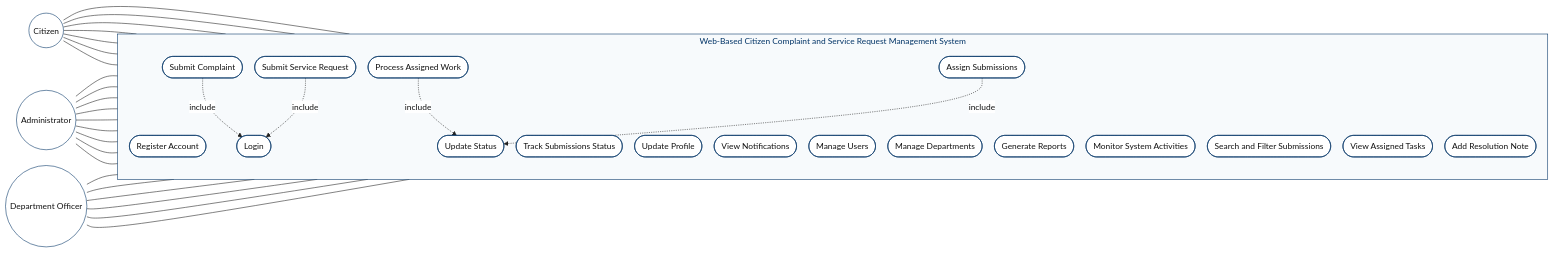
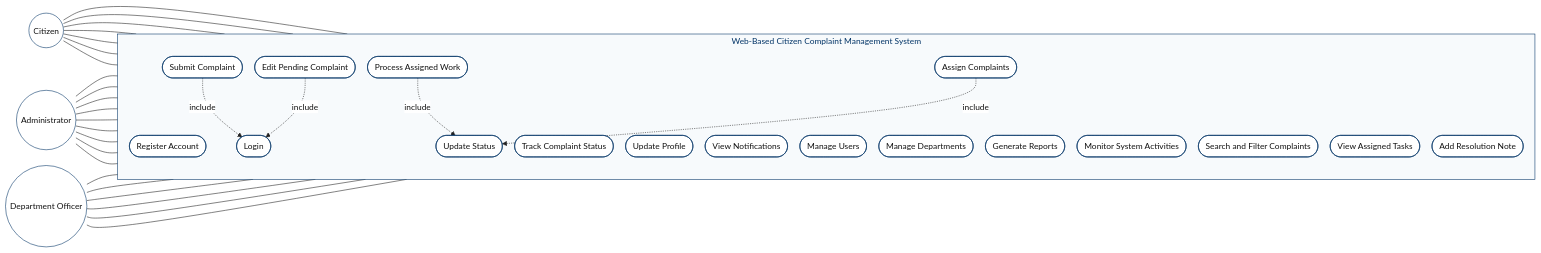
The second of 7 diagrams in Project_Proposal_Web_Based_Citizen_Complaint_and_Service_Request.md (esmaelmohammed-ux/Adama-city-citizen-complaint-and-request-management-system), drawn with Mermaid before and after one commit. The commit also changed other lines of this file and 72 other files, not shown here.

````diff
--- a/Project_Proposal_Web_Based_Citizen_Complaint_and_Service_Request.md
+++ b/Project_Proposal_Web_Based_Citizen_Complaint_and_Service_Request.md
@@ -514,24 +521,24 @@
 flowchart LR
     Citizen((Citizen))
 
-    subgraph System["Web-Based Citizen Complaint and Service Request Management System"]
+    subgraph System["Web-Based Citizen Complaint Management System"]
         direction TB
 
         UC_Register([Register Account])
         UC_Login([Login])
         UC_SubmitComplaint([Submit Complaint])
-        UC_SubmitRequest([Submit Service Request])
-        UC_Track([Track Submissions Status])
+        UC_EditComplaint([Edit Pending Complaint])
+        UC_Track([Track Complaint Status])
         UC_Profile([Update Profile])
         UC_Notify([View Notifications])
 
         UC_Users([Manage Users])
         UC_Depts([Manage Departments])
-        UC_Assign([Assign Submissions])
+        UC_Assign([Assign Complaints])
         UC_Update([Update Status])
         UC_Reports([Generate Reports])
         UC_Activity([Monitor System Activities])
-        UC_Search([Search and Filter Submissions])
+        UC_Search([Search and Filter Complaints])
 
         UC_Tasks([View Assigned Tasks])
         UC_Process([Process Assigned Work])
@@ -544,7 +551,7 @@
     Citizen --- UC_Register
     Citizen --- UC_Login
     Citizen --- UC_SubmitComplaint
-    Citizen --- UC_SubmitRequest
+    Citizen --- UC_EditComplaint
     Citizen --- UC_Track
     Citizen --- UC_Profile
     Citizen --- UC_Notify
@@ -567,7 +574,7 @@
     Officer --- UC_Notify
 
     UC_SubmitComplaint -.->|include| UC_Login
-    UC_SubmitRequest -.->|include| UC_Login
+    UC_EditComplaint -.->|include| UC_Login
     UC_Process -.->|include| UC_Update
     UC_Assign -.->|include| UC_Update
 ```
````
